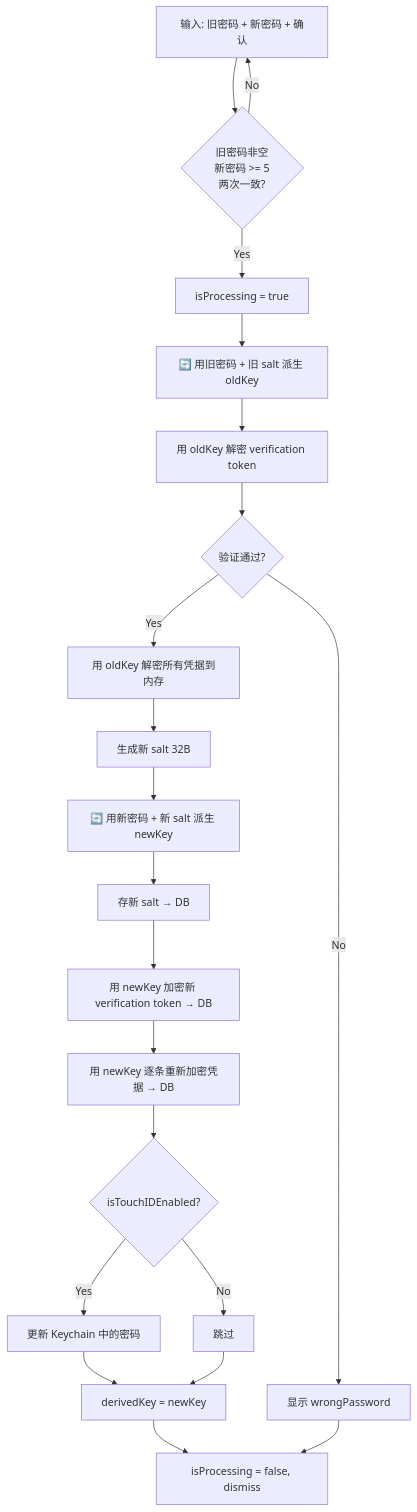
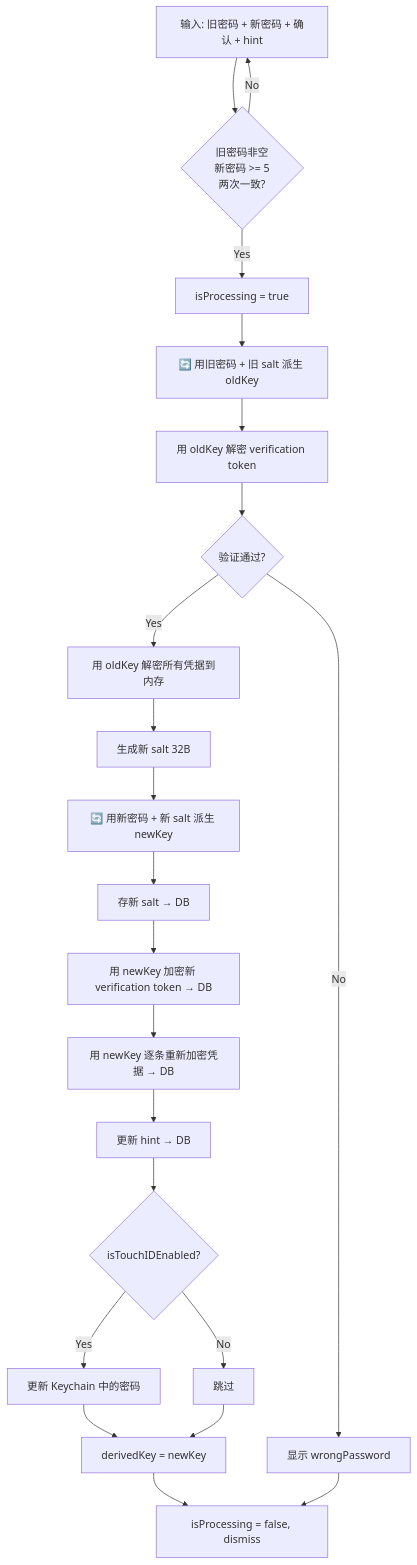
Before and after one commit to Actrium/actrium: the fifth of 9 diagrams in .import/actro/docs/password-vault-flows.md, drawn with Mermaid. The commit also changed other lines of this file and 5 other files, not shown here.

````diff
--- a/.import/actro/docs/password-vault-flows.md
+++ b/.import/actro/docs/password-vault-flows.md
@@ -122,23 +127,24 @@
 ```mermaid
 flowchart TD
-    A[输入: 旧密码 + 新密码 + 确认] --> B{旧密码非空<br/>新密码 >= 5<br/>两次一致?}
+    A[输入: 旧密码 + 新密码 + 确认 + hint] --> B{旧密码非空<br/>新密码 >= 5<br/>两次一致?}
     B -- No --> A
     B -- Yes --> C[isProcessing = true]
     C --> D["🔄 用旧密码 + 旧 salt 派生 oldKey"]
     D --> E[用 oldKey 解密 verification token]
     E --> F{验证通过?}
     F -- No --> G[显示 wrongPassword]
     F -- Yes --> H[用 oldKey 解密所有凭据到内存]
     H --> I[生成新 salt 32B]
     I --> J["🔄 用新密码 + 新 salt 派生 newKey"]
     J --> K[存新 salt → DB]
     K --> L[用 newKey 加密新 verification token → DB]
     L --> M[用 newKey 逐条重新加密凭据 → DB]
-    M --> N{isTouchIDEnabled?}
+    M --> M2[更新 hint → DB]
+    M2 --> N{isTouchIDEnabled?}
     N -- Yes --> O[更新 Keychain 中的密码]
     N -- No --> P[跳过]
     O --> Q["derivedKey = newKey"]
     P --> Q
     Q --> R[isProcessing = false, dismiss]
     G --> R
 ```
````
